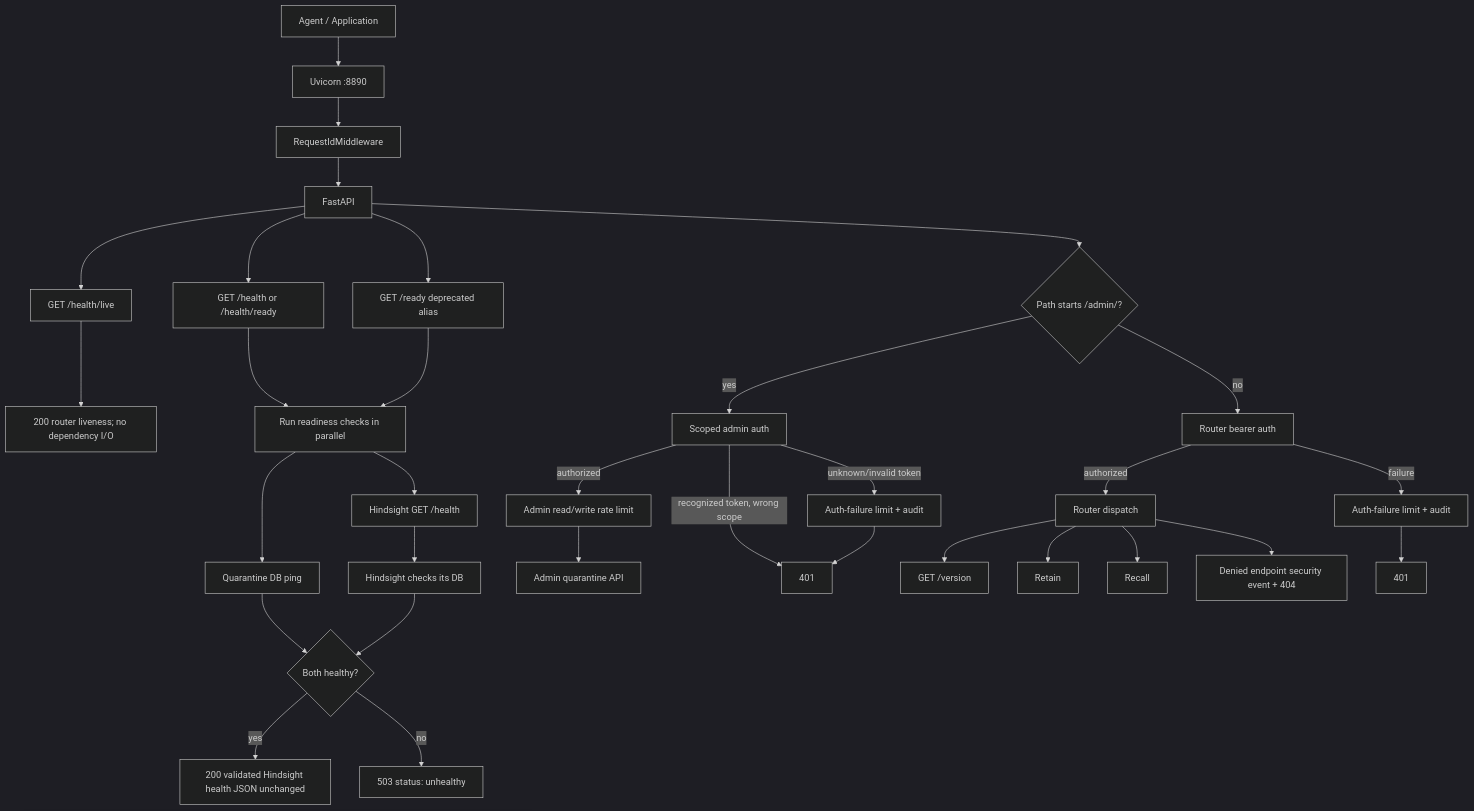
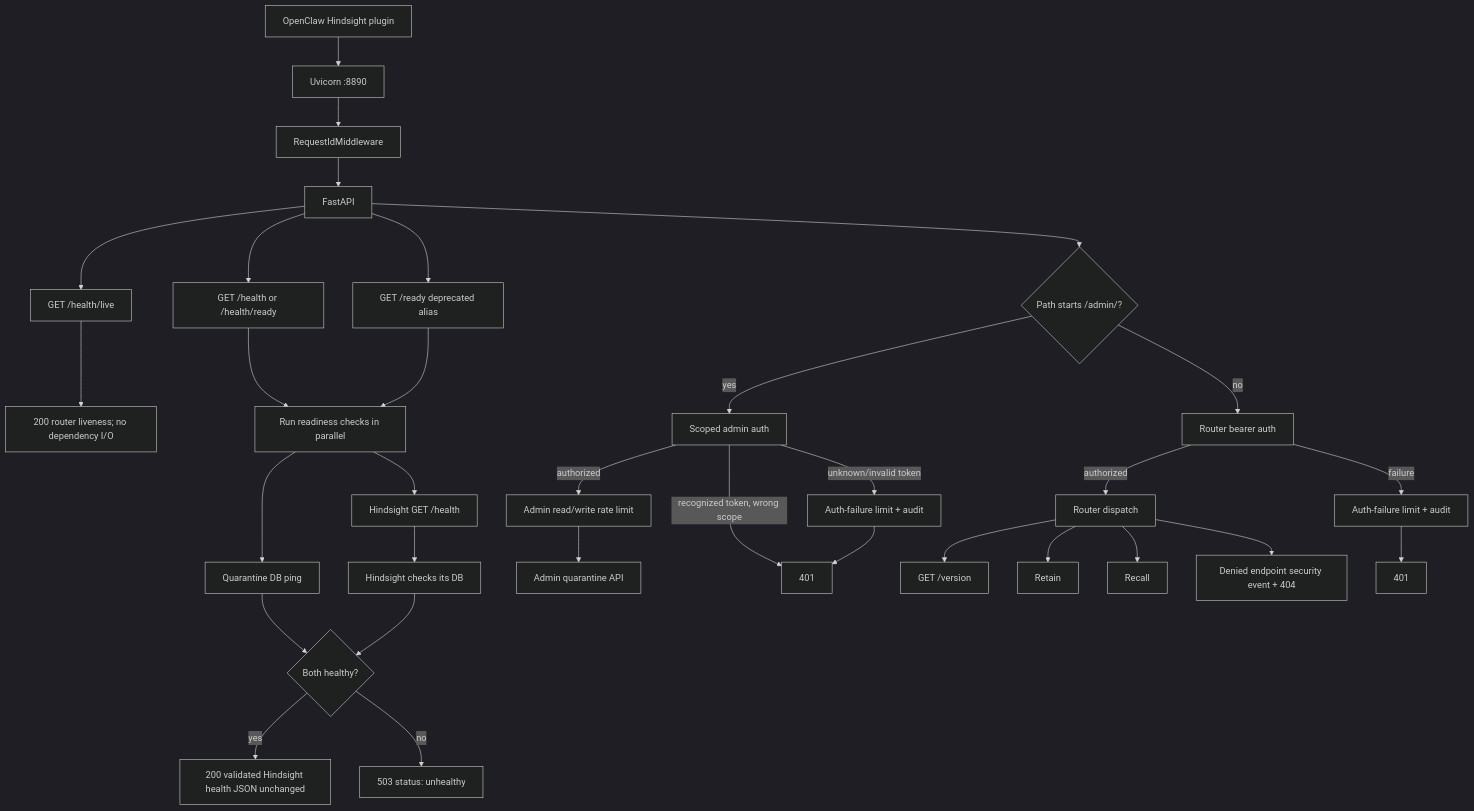
One commit to mickey-kras/hindsight-memory-router changed the first of 10 diagrams in docs/architecture/runtime-interactions.md. Above: the diagram before and after it, drawn with Mermaid (dark theme). The commit also changed other lines of this file and 5 other files, not shown here.

Commit message:
Document current OpenClaw and Hindsight topology (#137)

````diff
--- a/docs/architecture/runtime-interactions.md
+++ b/docs/architecture/runtime-interactions.md
@@ -7,42 +7,42 @@
 ```mermaid
 flowchart TD
-    Client[Agent / Application] --> HTTP[Uvicorn :8890]
+    Client[OpenClaw Hindsight plugin] --> HTTP[Uvicorn :8890]
     HTTP --> RID[RequestIdMiddleware]
     RID --> App[FastAPI]
 
     App --> Live[GET /health/live]
     App --> Health[GET /health or /health/ready]
     App --> LegacyReady[GET /ready deprecated alias]
     App --> Admin{Path starts /admin/?}
 
     Live --> L200[200 router liveness; no dependency I/O]
 
     Health --> Checks[Run readiness checks in parallel]
     LegacyReady --> Checks
     Checks --> RouterDB[Quarantine DB ping]
     Checks --> HHealth[Hindsight GET /health]
     HHealth --> HDB[Hindsight checks its DB]
     RouterDB --> Ready{Both healthy?}
     HDB --> Ready
     Ready -->|yes| H200[200 validated Hindsight health JSON unchanged]
     Ready -->|no| H503[503 status: unhealthy]
 
     Admin -->|yes| AdminAuth[Scoped admin auth]
     Admin -->|no| RouterAuth[Router bearer auth]
 
     AdminAuth -->|authorized| AdminRate[Admin read/write rate limit]
     AdminAuth -->|recognized token, wrong scope| A401[401]
     AdminAuth -->|unknown/invalid token| AuthFailA[Auth-failure limit + audit]
     AuthFailA --> A401
 
     RouterAuth -->|authorized| RouterDispatch[Router dispatch]
     RouterAuth -->|failure| AuthFailR[Auth-failure limit + audit]
     AuthFailR --> R401[401]
 
     RouterDispatch --> Version[GET /version]
     RouterDispatch --> Retain[Retain]
     RouterDispatch --> Recall[Recall]
     RouterDispatch --> Denied[Denied endpoint security event + 404]
 
     AdminRate --> AdminDispatch[Admin quarantine API]
 ```
````
